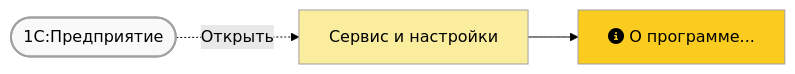
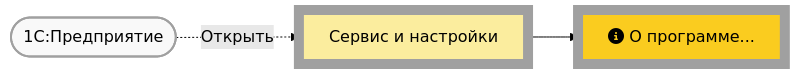
One commit to lugovoe/manual changed the diagram in faq/crash/main-white-window.md. Above: the diagram before and after it, drawn with Mermaid (forest theme). The commit also changed other lines of this file and 1 other file, not shown here.

````diff
--- a/faq/crash/main-white-window.md
+++ b/faq/crash/main-white-window.md
@@ -28,11 +28,11 @@
 ``` mermaid
 flowchart LR
   b1([1С:Предприятие]);
   b1 -. Открыть .-> m1[Сервис и настройки];
   m1 --> m2[fa:fa-info-circle О программе...];
-  classDef default fill:#facc1f,stroke:#a0a0a0,stroke-width:1px;
+  classDef default fill:#facc1f,stroke:#a0a0a0,stroke-width:10px;
   classDef button fill:#f9f9f9,stroke:#a0a0a0,stroke-width:2px;
-  classDef mainmenu fill:#fbed9e,stroke:#a0a0a0,stroke-width:1px;
+  classDef mainmenu fill:#fbed9e;
   class b1 button;
   class m1 mainmenu;
 ```
````
